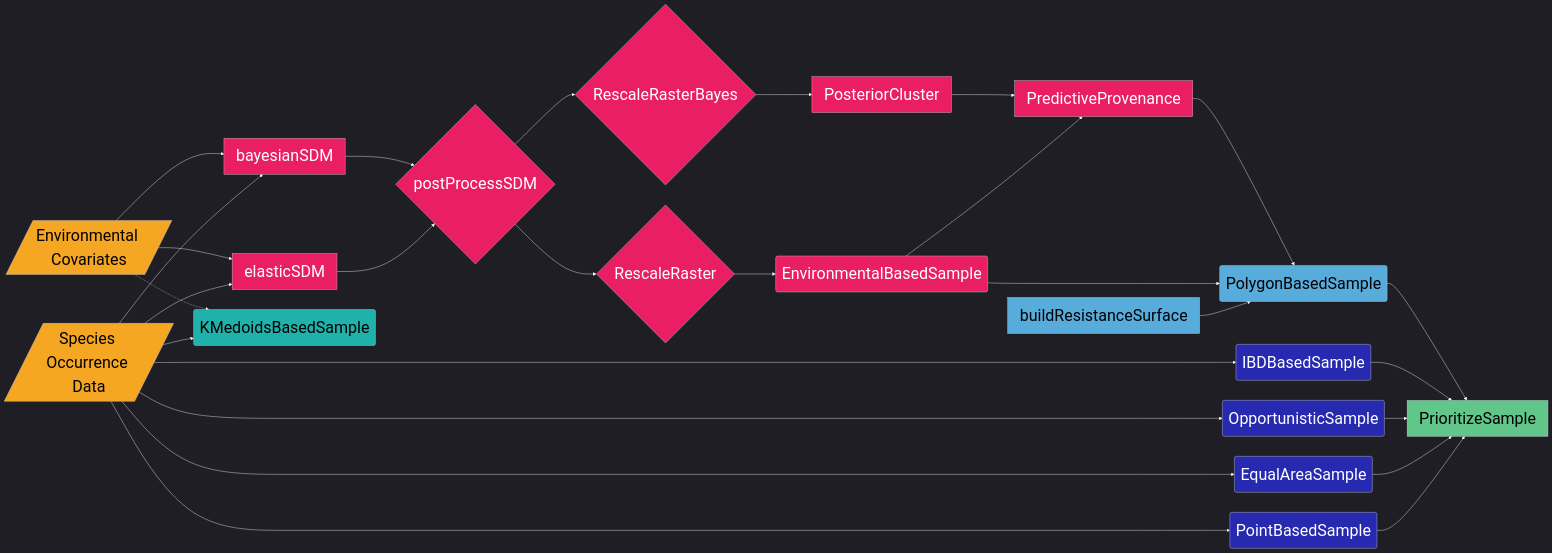
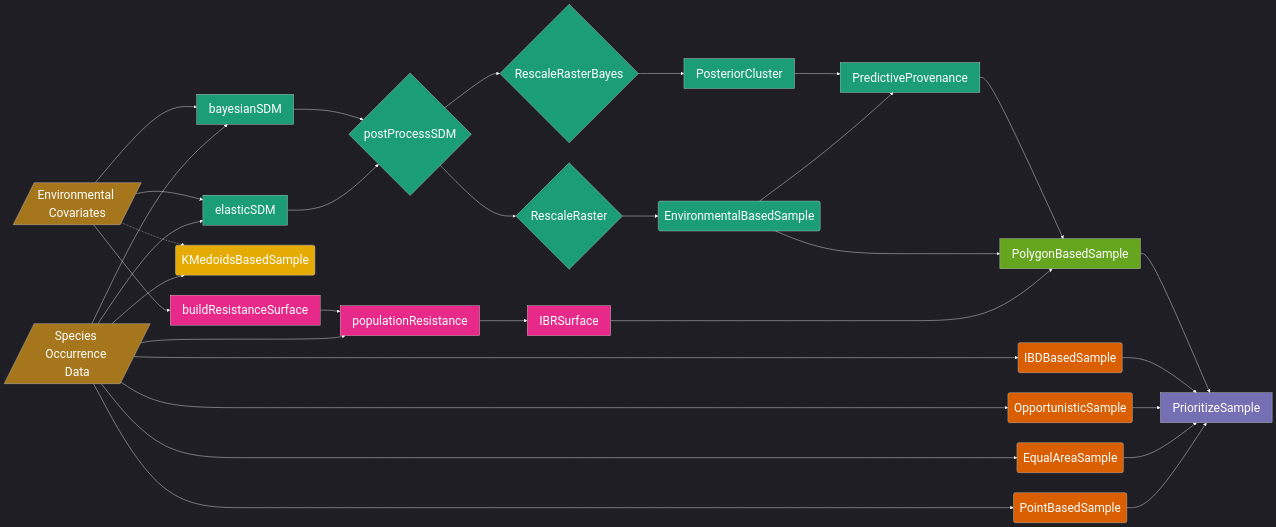
The diagram in articles/About.md (sagesteppe/safeHavens), drawn with Mermaid before and after one commit. The commit also changed other lines of this file and 27 other files, not shown here.

````diff
--- a/articles/About.md
+++ b/articles/About.md
@@ -169,48 +166,56 @@
 ``` mermaid
-%%{init: {'theme':'dark', 'themeVariables': { 
-    'primaryTextColor':'#ffffff', 
+%%{init: {'theme':'dark', 'themeVariables': {
+    'primaryTextColor':'#ffffff',
     'lineColor':'#ffffff',
-    'fontSize':'40px', 
+    'lineWidth':'24px',
+    'fontSize':'30px',
     'fontFamily':'Arial'}}}%%
 flowchart LR
 A[/Species Occurrence Data/]
-C[/Environmental Covariates/]
+B[/Environmental Covariates/]
+
 A --> D(PointBasedSample)
 A --> E(EqualAreaSample)
 A --> F(OpportunisticSample)
 A --> G(IBDBasedSample)
 A --> J[elasticSDM]
 A --> K[bayesianSDM]
 A --> L(KMedoidsBasedSample)
-C -.-> L
-C --> J
-C --> K
+B -.-> L
+B --> J
+B --> K
 D --> N[PrioritizeSample]
 E --> N
 F --> N
 G --> N
-H[buildResistanceSurface] --> M(PolygonBasedSample)
+A --> U[populationResistance]
+B --> H[buildResistanceSurface]
+H --> U
+U --> V[IBRSurface]
+V --> M[PolygonBasedSample]
 M --> N
 J --> O{postProcessSDM}
 K --> O
 O --> P{RescaleRaster}
 O --> S{RescaleRasterBayes}
 P --> Q(EnvironmentalBasedSample)
 Q --> R[PredictiveProvenance]
 Q --> M
 R --> M
 S --> T[PosteriorCluster]
 T --> R
-classDef geoColor fill:#272AB0,color:#FFFFFF
-classDef polyColor fill:#57ACDC,color:#000000
-classDef envColor fill:#E91E63,color:#FFFFFF
-classDef dataColor fill:#F5A623,color:#000000
-classDef decisionColor fill:#60C689,color:#000000
-classDef rareColor fill:#20B2AA,color:#000000
+classDef geoColor fill:#d95f02,color:#FFFFFF
+classDef polyColor fill:#66a61e,color:#FFFFFF
+classDef envColor fill:#1b9e77,color:#FFFFFF
+classDef dataColor fill:#a6761d,color:#FFFFFF
+classDef decisionColor fill:#7570b3,color:#FFFFFF
+classDef rareColor fill:#e6ab02,color:#FFFFFF
+classDef ibrColor fill:#e7298a,color:#FFFFFF
 class D,E,F,G geoColor
 class H,M polyColor
 class J,K,O,P,S,T,U,Q,R envColor
-class A,C dataColor
+class A,B dataColor
 class N decisionColor
 class L rareColor
+class H,U,V ibrColor
 ```
````
